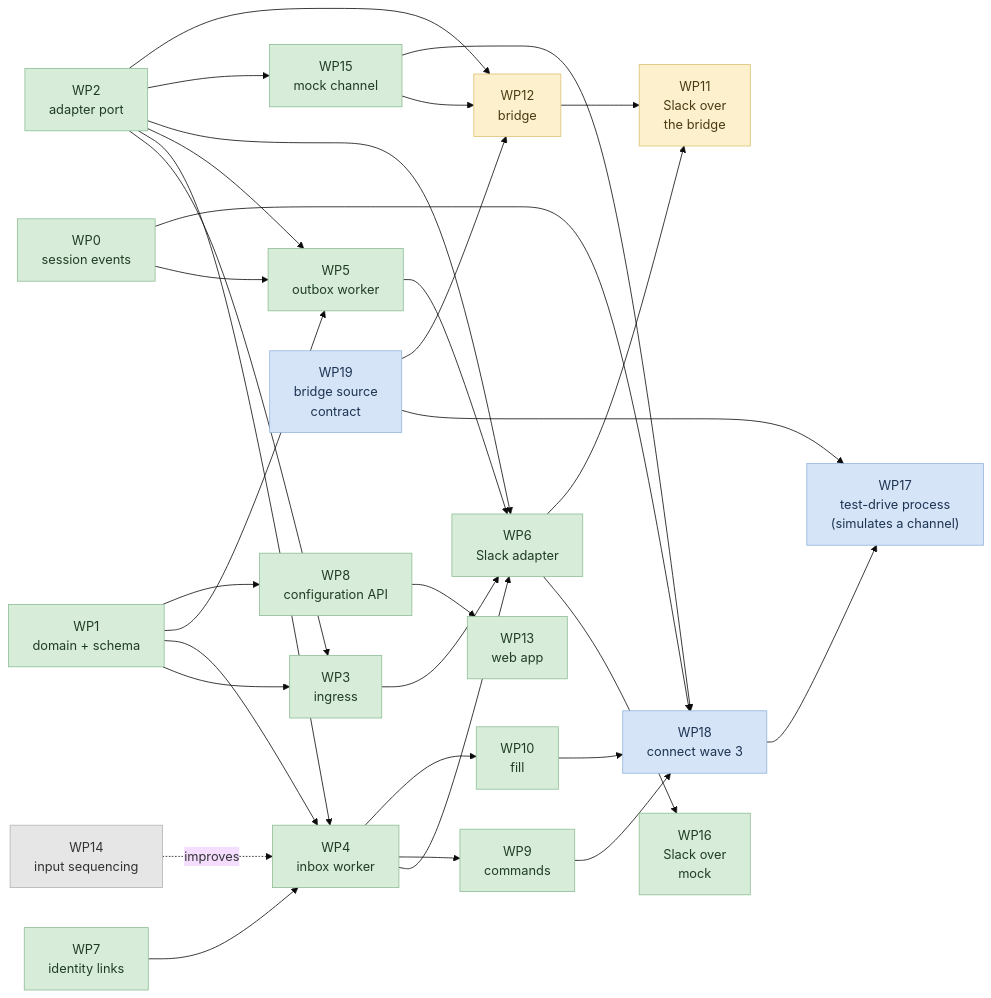
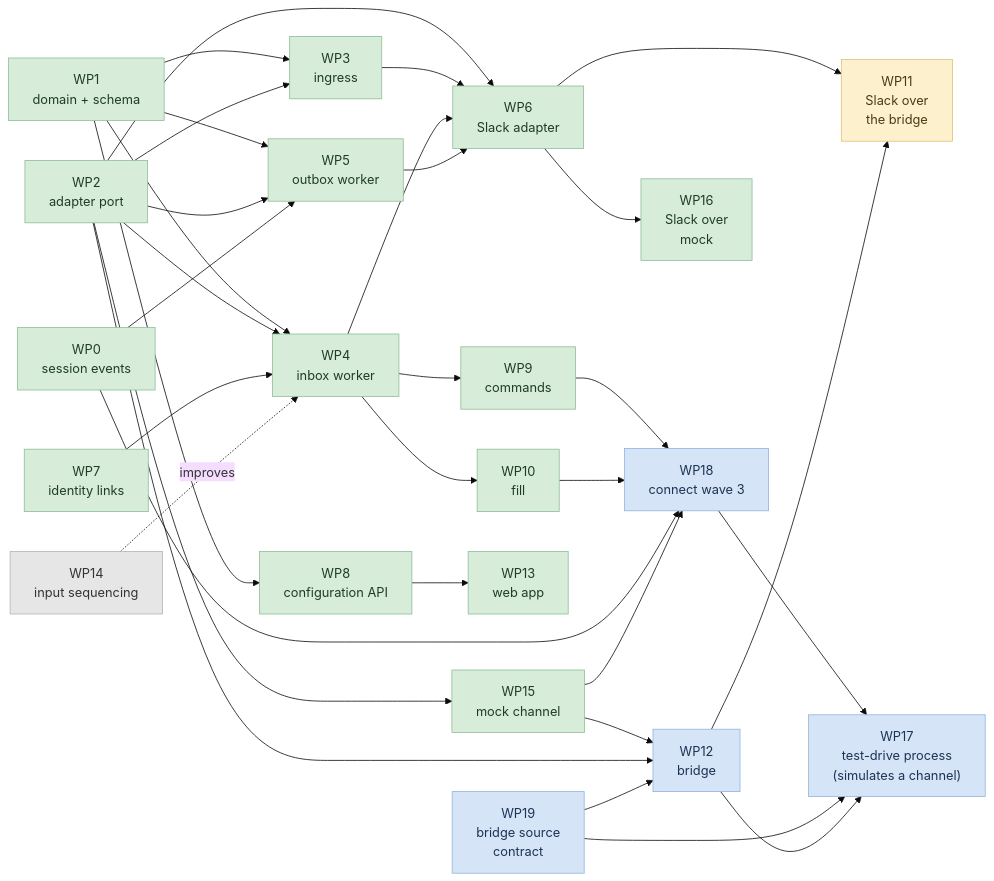
The diagram in docs/design/channels-research/v2/plan.md (Agenta-AI/agenta), drawn with Mermaid (base theme) before and after one commit. The commit also changed other lines of this file, not shown here.

````diff
--- a/docs/design/channels-research/v2/plan.md
+++ b/docs/design/channels-research/v2/plan.md
@@ -18,65 +18,66 @@
 ```mermaid
 flowchart LR
     WP0["WP0<br/>session events"]
     WP1["WP1<br/>domain + schema"]
     WP2["WP2<br/>adapter port"]
     WP3["WP3<br/>ingress"]
     WP4["WP4<br/>inbox worker"]
     WP5["WP5<br/>outbox worker"]
     WP6["WP6<br/>Slack adapter"]
     WP7["WP7<br/>identity links"]
     WP8["WP8<br/>configuration API"]
     WP9["WP9<br/>commands"]
     WP10["WP10<br/>fill"]
     WP11["WP11<br/>Slack over<br/>the bridge"]
     WP12["WP12<br/>bridge"]
     WP13["WP13<br/>web app"]
     WP14["WP14<br/>input sequencing"]
     WP15["WP15<br/>mock channel"]
     WP16["WP16<br/>Slack over<br/>mock"]
     WP17["WP17<br/>test-drive process<br/>(simulates a channel)"]
     WP18["WP18<br/>connect wave 3"]
     WP19["WP19<br/>bridge source<br/>contract"]
 
     WP1 --> WP3
     WP1 --> WP4
     WP1 --> WP5
     WP2 --> WP3
     WP2 --> WP4
     WP2 --> WP5
     WP2 --> WP6
     WP0 --> WP5
     WP3 --> WP6
     WP4 --> WP6
     WP5 --> WP6
     WP7 --> WP4
     WP1 --> WP8
     WP4 --> WP9
     WP4 --> WP10
     WP2 --> WP15
     WP15 --> WP12
     WP6 --> WP16
     WP2 --> WP12
     WP6 --> WP11
     WP12 --> WP11
     WP18 --> WP17
     WP19 --> WP17
+    WP12 --> WP17
     WP8 --> WP13
     WP9 --> WP18
     WP10 --> WP18
     WP0 --> WP18
     WP15 --> WP18
     WP19 --> WP12
     WP14 -.->|improves| WP4
 
     classDef done fill:#d7ecd9,stroke:#8fbf96,color:#1f3d24
     classDef next fill:#d6e4f7,stroke:#93b4dd,color:#1c3352
     classDef later fill:#fdf0cd,stroke:#dcc274,color:#4a3b12
     classDef apart fill:#e6e6e6,stroke:#b3b3b3,color:#333333
 
     class WP1,WP2,WP3,WP4,WP5,WP6,WP7,WP8 done
     class WP0,WP9,WP10,WP13,WP15,WP16 done
-    class WP18,WP19,WP17 next
-    class WP11,WP12 later
+    class WP18,WP19,WP12,WP17 next
+    class WP11 later
     class WP14 apart
 ```
````
